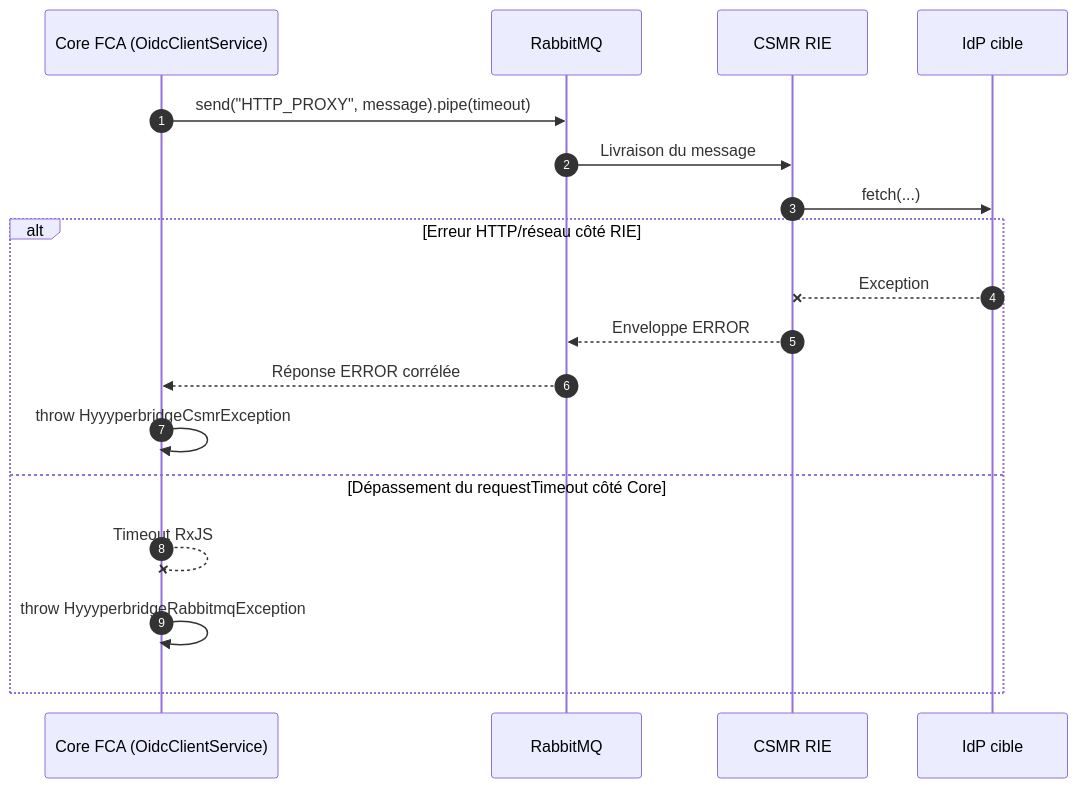
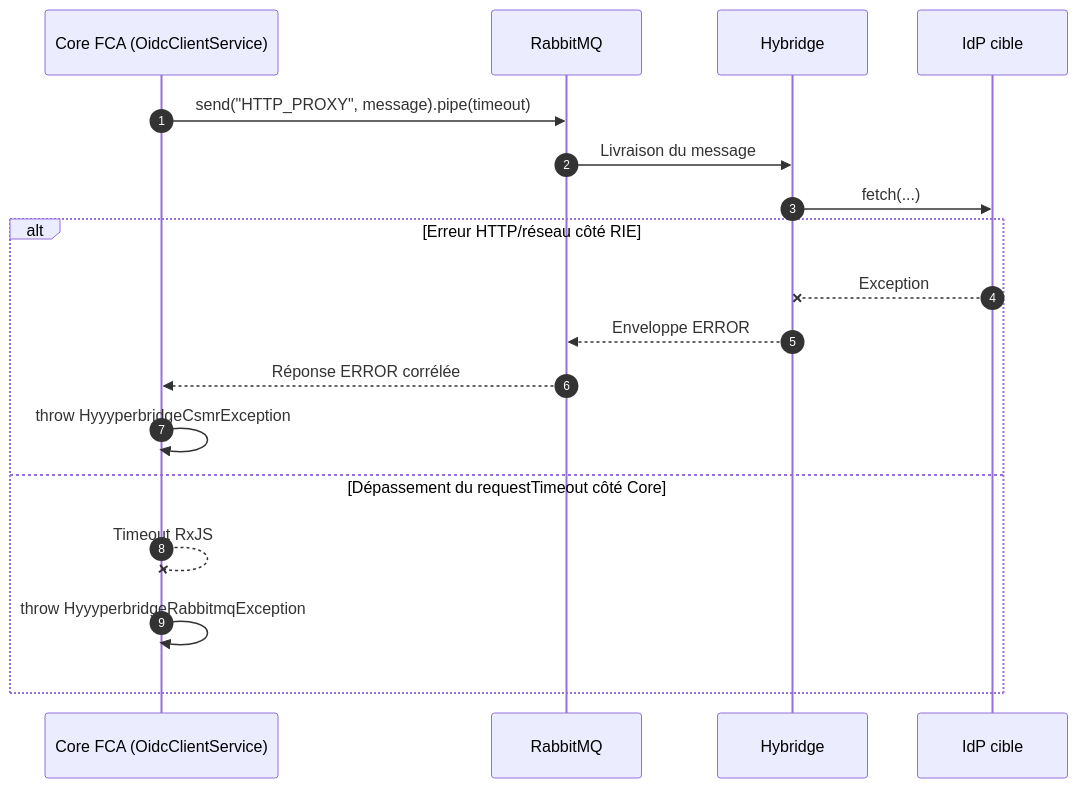
Before and after one commit to proconnect-gouv/federation: the second of 2 diagrams in back/_doc/hyyyperbridge.md, drawn with Mermaid. The commit also changed other lines of this file and 19 other files, not shown here.

First line of the commit message:
♻️ rename csmr-rie to hybridge (#1755)

````diff
--- a/back/_doc/hyyyperbridge.md
+++ b/back/_doc/hyyyperbridge.md
@@ -38,21 +38,21 @@
 ```mermaid
 sequenceDiagram
     autonumber
     participant Core as Core FCA (OidcClientService)
     participant RMQ as RabbitMQ
-    participant RIE as CSMR RIE
+    participant RIE as Hybridge
     participant IDP as IdP cible
 
     Core->>RMQ: send("HTTP_PROXY", message).pipe(timeout)
     RMQ->>RIE: Livraison du message
     RIE->>IDP: fetch(...)
     alt Erreur HTTP/réseau côté RIE
         IDP--xRIE: Exception
         RIE-->>RMQ: Enveloppe ERROR
         RMQ-->>Core: Réponse ERROR corrélée
         Core->>Core: throw HyyyperbridgeCsmrException
     else Dépassement du requestTimeout côté Core
         Core--xCore: Timeout RxJS
         Core->>Core: throw HyyyperbridgeRabbitmqException
     end
 ```
````
